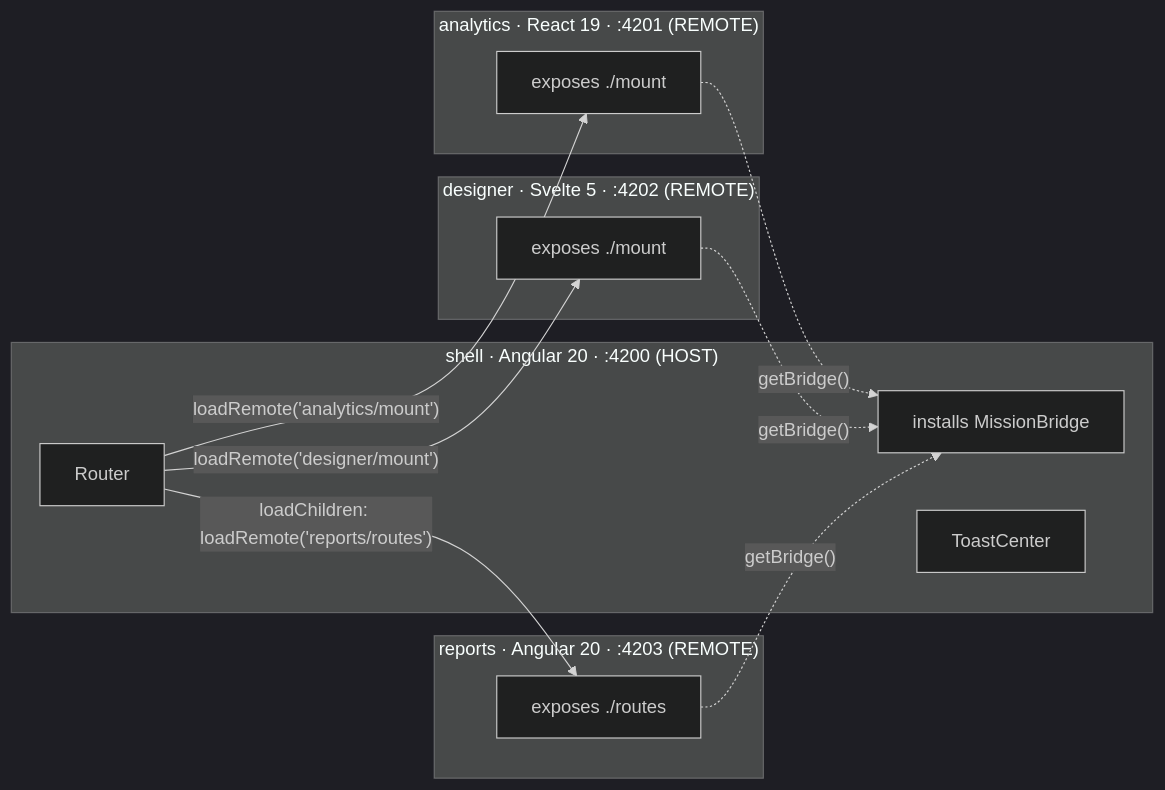
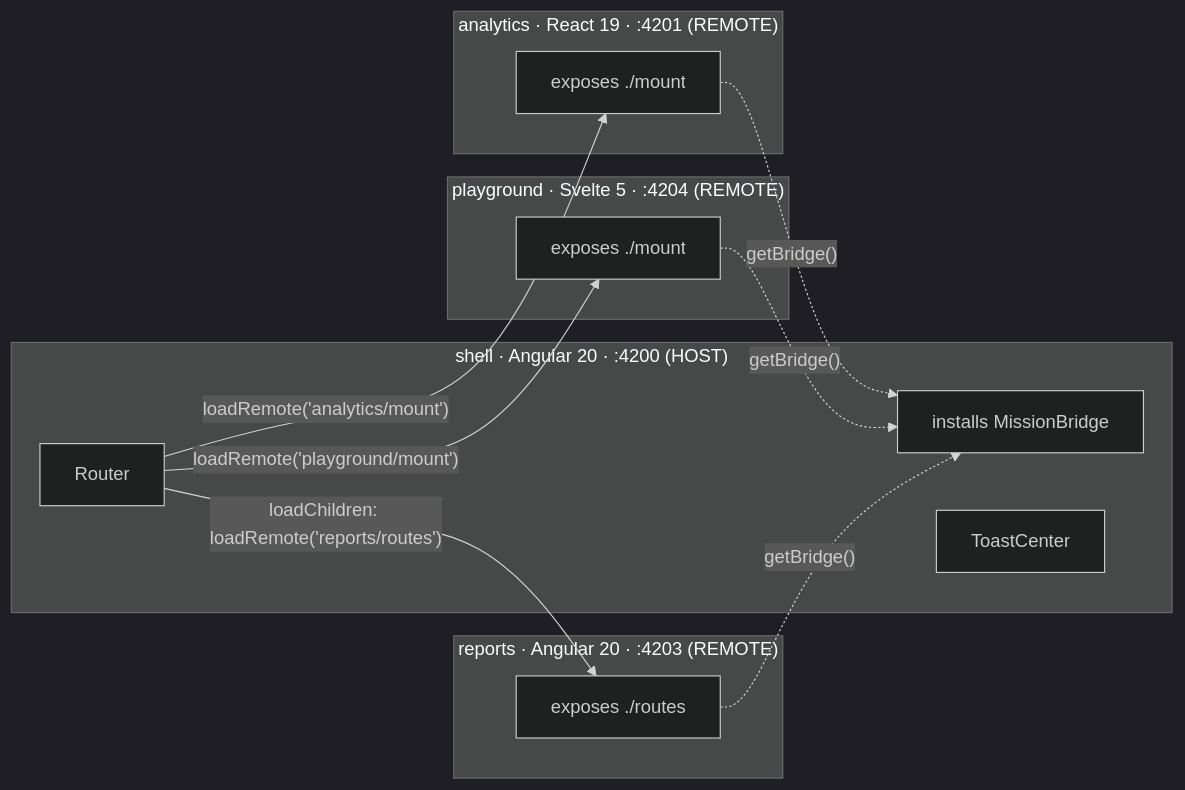
One commit to Robertcl795/MFEs-Mission-Control changed the diagram in ARCHITECTURE.md. Above: the diagram before and after it, drawn with Mermaid (dark theme). The commit also changed other lines of this file and 28 other files, not shown here.

First line of the commit message:
Rename designer remote to playground (port 4204) and fix federated reports styles

````diff
--- a/ARCHITECTURE.md
+++ b/ARCHITECTURE.md
@@ -7,23 +7,23 @@
 ```mermaid
 graph LR
     subgraph shell["shell · Angular 20 · :4200 (HOST)"]
         BR[installs MissionBridge]
         TC[ToastCenter]
         RT[Router]
     end
     subgraph analytics["analytics · React 19 · :4201 (REMOTE)"]
         AM["exposes ./mount"]
     end
-    subgraph designer["designer · Svelte 5 · :4202 (REMOTE)"]
+    subgraph playground["playground · Svelte 5 · :4204 (REMOTE)"]
         DM["exposes ./mount"]
     end
     subgraph reports["reports · Angular 20 · :4203 (REMOTE)"]
         RR["exposes ./routes"]
     end
     RT -- "loadRemote('analytics/mount')" --> AM
-    RT -- "loadRemote('designer/mount')" --> DM
+    RT -- "loadRemote('playground/mount')" --> DM
     RT -- "loadChildren: loadRemote('reports/routes')" --> RR
     AM -. "getBridge()" .-> BR
     DM -. "getBridge()" .-> BR
     RR -. "getBridge()" .-> BR
 ```
````
